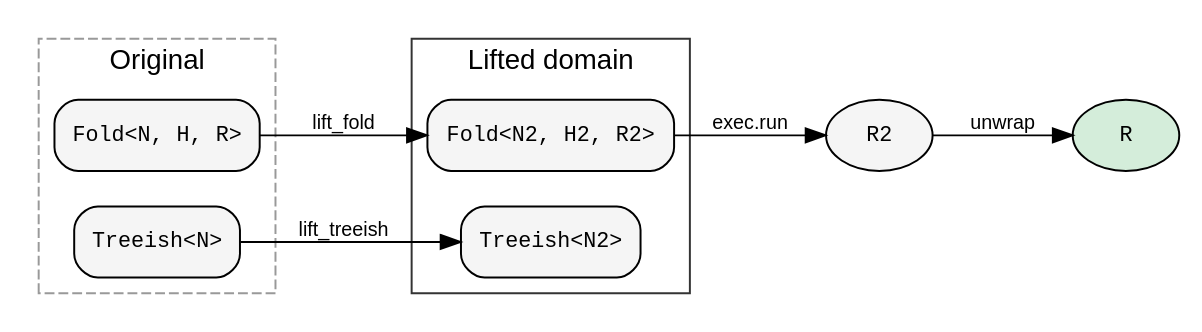
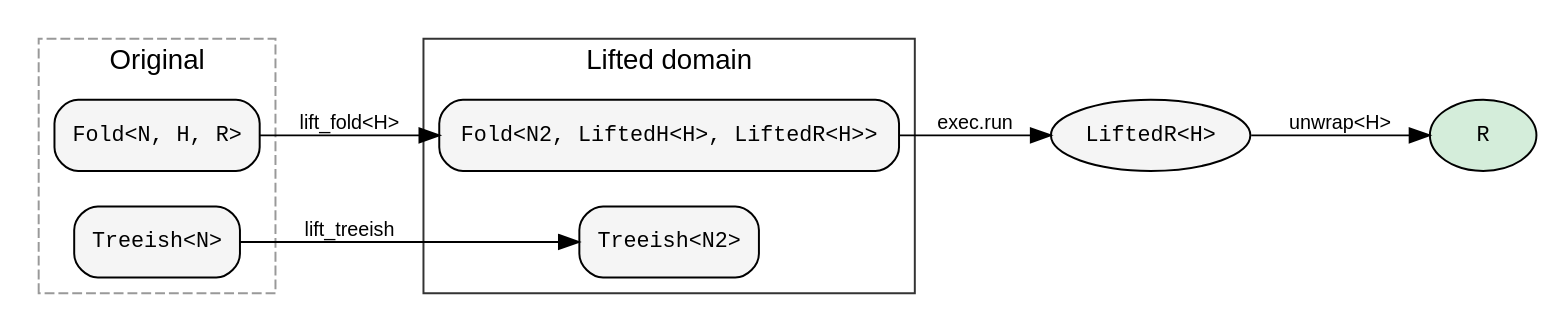
Before and after one commit to hylic-recursion/hylic-docs: the diagram in book/src/guides/lifts.md, drawn with Graphviz. The commit also changed other lines of this file and 7 other files, not shown here.

````diff
--- a/book/src/guides/lifts.md
+++ b/book/src/guides/lifts.md
@@ -9,29 +12,29 @@
 ```dot process
 digraph {
     rankdir=LR;
     node [shape=box, style="rounded,filled", fillcolor="#f5f5f5", fontname="monospace", fontsize=11];
     edge [fontname="sans-serif", fontsize=10];
 
     subgraph cluster_orig {
         label="Original";
         style=dashed; color="#999999"; fontname="sans-serif";
         F [label="Fold<N, H, R>"];
         T [label="Treeish<N>"];
     }
 
     subgraph cluster_lifted {
         label="Lifted domain";
         style=solid; color="#333333"; fontname="sans-serif";
-        F2 [label="Fold<N2, H2, R2>"];
+        F2 [label="Fold<N2, LiftedH<H>, LiftedR<H>>"];
         T2 [label="Treeish<N2>"];
     }
 
-    R2 [label="R2", shape=ellipse];
+    R2 [label="LiftedR<H>", shape=ellipse];
     R  [label="R", shape=ellipse, style=filled, fillcolor="#d4edda"];
 
-    F -> F2 [label="lift_fold"];
+    F -> F2 [label="lift_fold<H>"];
     T -> T2 [label="lift_treeish"];
     F2 -> R2 [label="exec.run"];
-    R2 -> R  [label="unwrap"];
+    R2 -> R  [label="unwrap<H>"];
 }
 ```
````
